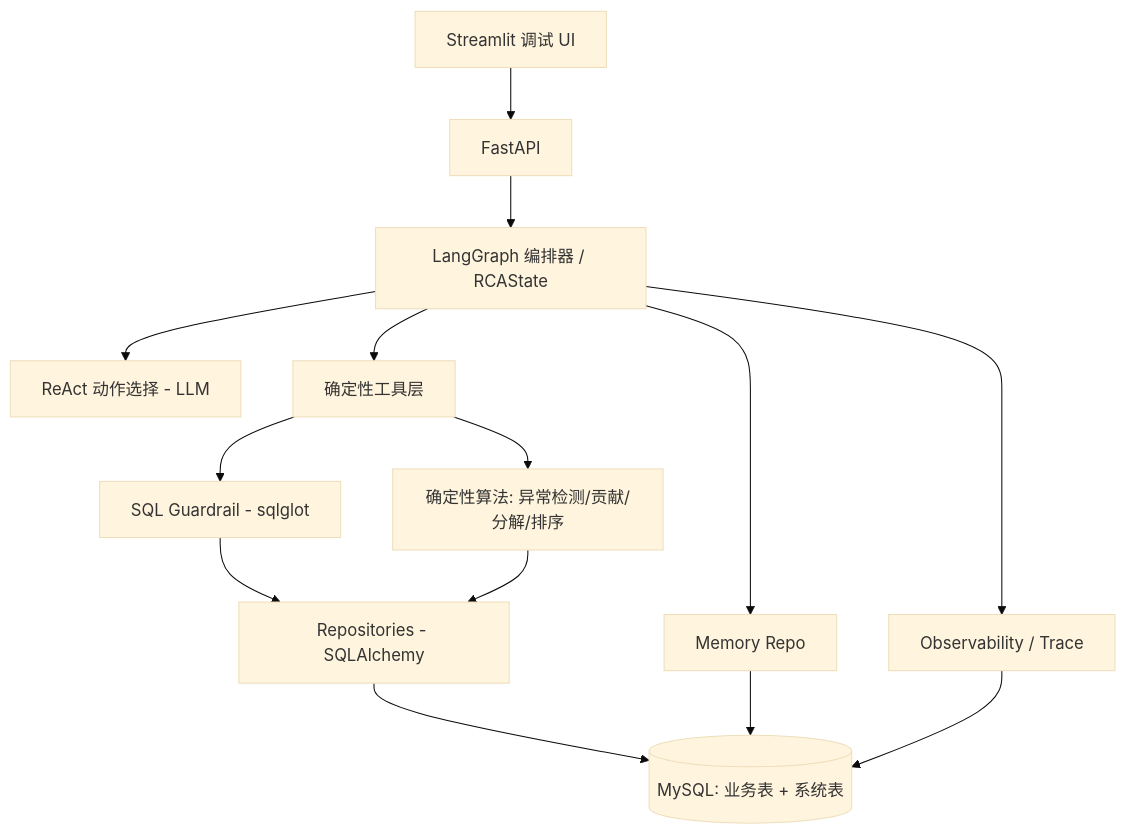
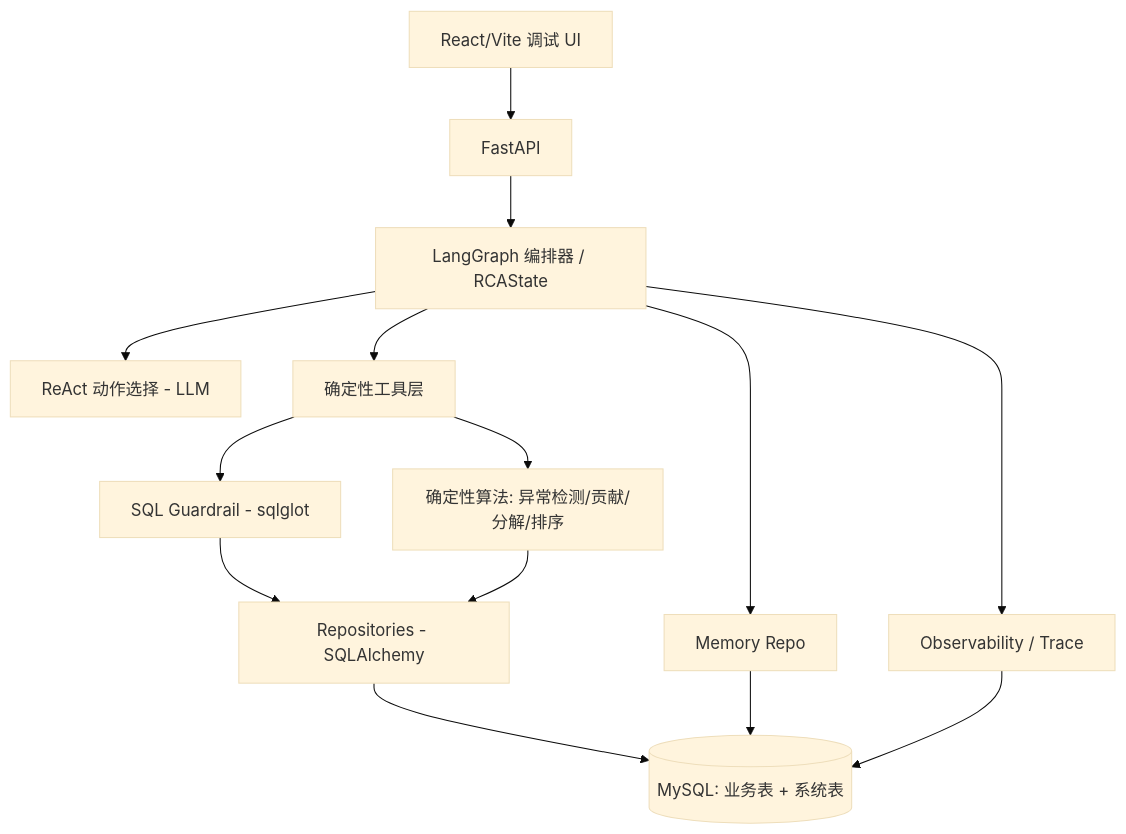
Before and after one commit to WOTMCCR/MetricRCA: the first of 3 diagrams in docs/MetricRCA.md, drawn with Mermaid (base theme). The commit also changed other lines of this file and 21 other files, not shown here.

````diff
--- a/docs/MetricRCA.md
+++ b/docs/MetricRCA.md
@@ -280,16 +280,16 @@
 ```mermaid
 flowchart TB
-  UI[Streamlit 调试 UI] --> API[FastAPI]
+  UI[React/Vite 调试 UI] --> API[FastAPI]
   API --> ORCH[LangGraph 编排器 / RCAState]
   ORCH --> AGENT[ReAct 动作选择 - LLM]
   ORCH --> TOOLS[确定性工具层]
   TOOLS --> GUARD[SQL Guardrail - sqlglot]
   TOOLS --> ALGO[确定性算法: 异常检测/贡献/分解/排序]
   GUARD --> REPO[Repositories - SQLAlchemy]
   ALGO --> REPO
   REPO --> DB[(MySQL: 业务表 + 系统表)]
   ORCH --> MEM[Memory Repo]
   ORCH --> TRACE[Observability / Trace]
   MEM --> DB
   TRACE --> DB
 ```
````
